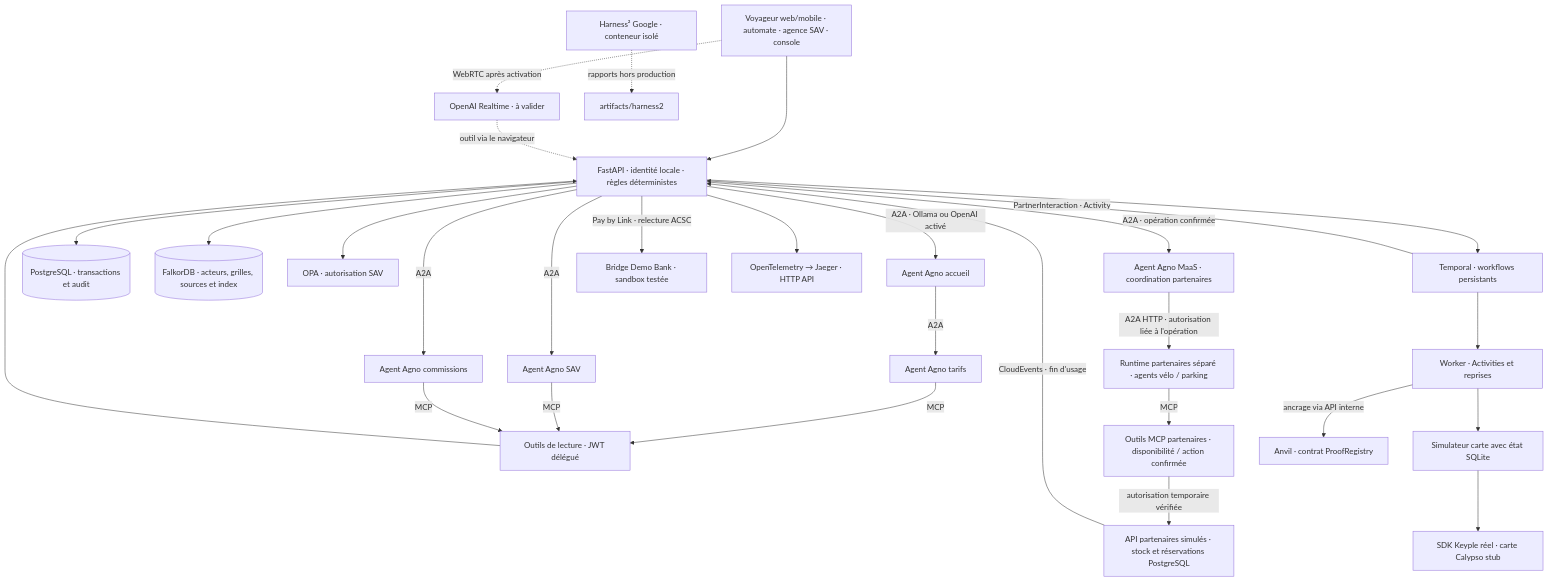
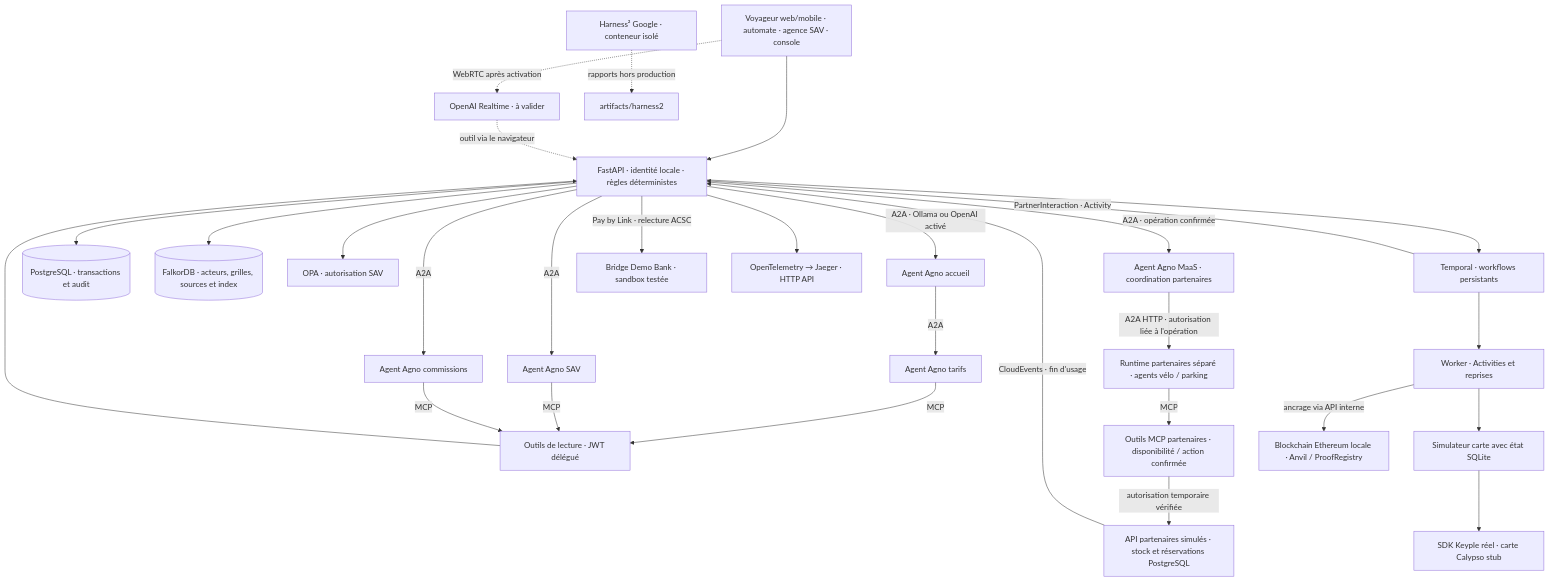
One commit to MaillardBenjamin/agentic-maas-lab changed the diagram in README.md. Above: the diagram before and after it, drawn with Mermaid. The commit also changed other lines of this file and 6 other files, not shown here.

````diff
--- a/README.md
+++ b/README.md
@@ -75,31 +75,31 @@
 ```mermaid
 flowchart TB
     UI["Voyageur web/mobile · automate · agence SAV · console"] --> API["FastAPI · identité locale · règles déterministes"]
     UI -. "WebRTC après activation" .-> VOICE["OpenAI Realtime · à valider"]
     VOICE -. "outil via le navigateur" .-> API
     API -->|"A2A · Ollama ou OpenAI activé"| ACC["Agent Agno accueil"]
     ACC -->|A2A| TAR["Agent Agno tarifs"]
     API -->|A2A| SAV["Agent Agno SAV"]
     API -->|A2A| CLEAR["Agent Agno commissions"]
     TAR -->|MCP| MCP["Outils de lecture · JWT délégué"]
     SAV -->|MCP| MCP
     CLEAR -->|MCP| MCP
     MCP --> API
     API --> PG[("PostgreSQL · transactions et audit")]
     API --> GRAPH[("FalkorDB · acteurs, grilles, sources et index")]
     API --> OPA["OPA · autorisation SAV"]
     API --> TEMP["Temporal · workflows persistants"]
     TEMP -->|"PartnerInteraction · Activity"| API
     API -->|"A2A · opération confirmée"| MOB["Agent Agno MaaS · coordination partenaires"]
     MOB -->|"A2A HTTP · autorisation liée à l'opération"| PART["Runtime partenaires séparé · agents vélo / parking"]
     PART -->|MCP| PMCP["Outils MCP partenaires · disponibilité / action confirmée"]
     PMCP -->|"autorisation temporaire vérifiée"| PAPI["API partenaires simulés · stock et réservations PostgreSQL"]
     PAPI -->|"CloudEvents · fin d'usage"| API
     TEMP --> WORKER["Worker · Activities et reprises"]
     WORKER --> SIM["Simulateur carte avec état SQLite"]
     SIM --> KEY["SDK Keyple réel · carte Calypso stub"]
     API -->|"Pay by Link · relecture ACSC"| BANK["Bridge Demo Bank · sandbox testée"]
-    WORKER -->|"ancrage via API interne"| CHAIN["Anvil · contrat ProofRegistry"]
+    WORKER -->|"ancrage via API interne"| CHAIN["Blockchain Ethereum locale · Anvil / ProofRegistry"]
     API --> OTEL["OpenTelemetry → Jaeger · HTTP API"]
     LAB["Harness² Google · conteneur isolé"] -. "rapports hors production" .-> ART["artifacts/harness2"]
 ```
````
